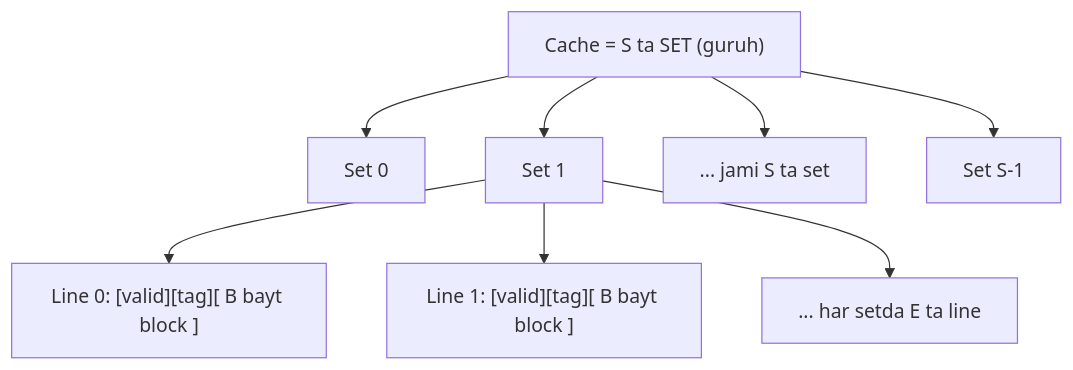
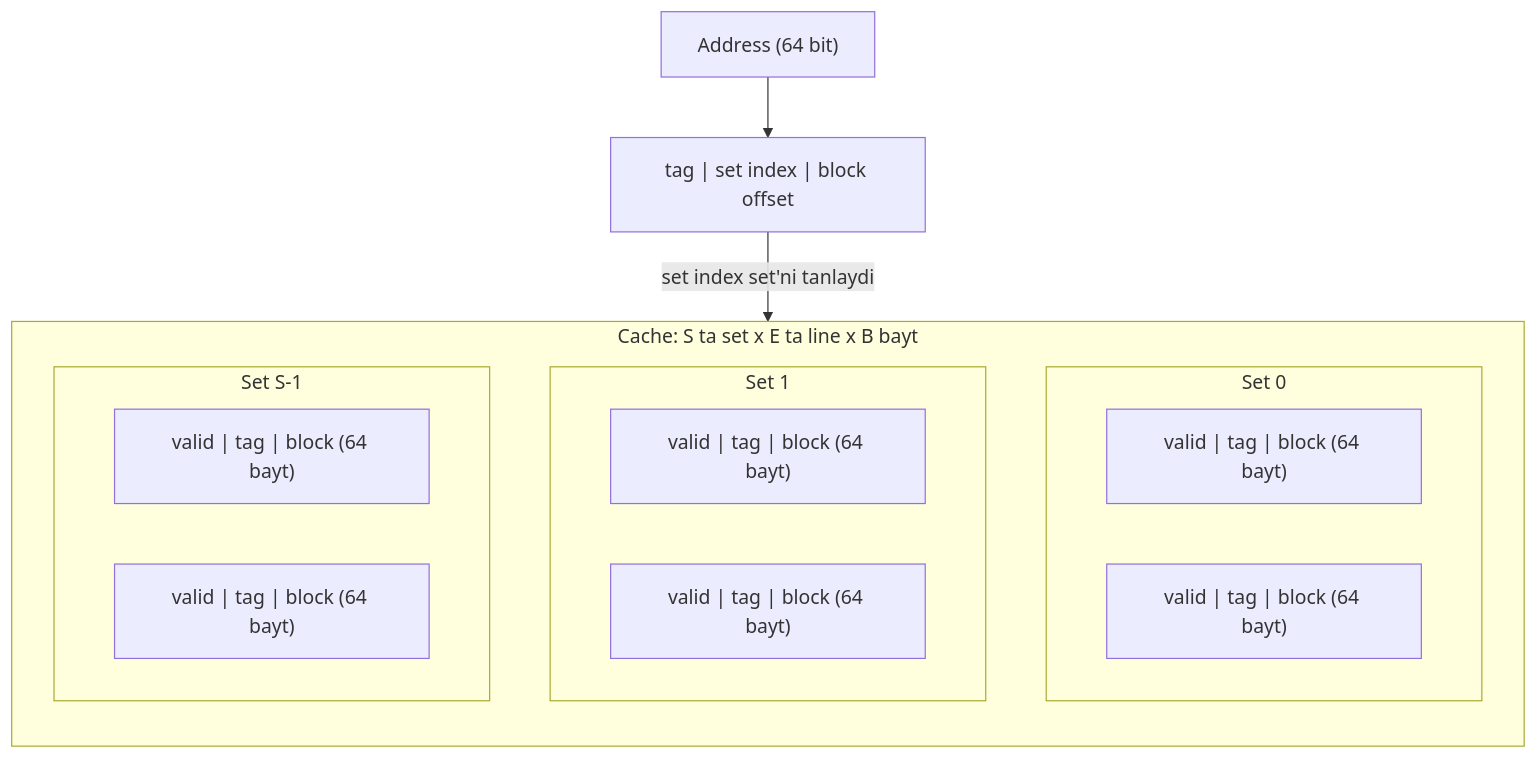
Before and after one commit to Otajonoov/dev: the first of 4 diagrams in 6. Computer Systems/17-cache-memories.md, drawn with Mermaid. The commit also changed other lines of this file and 15 other files, not shown here.

````diff
--- a/6. Computer Systems/17-cache-memories.md
+++ b/6. Computer Systems/17-cache-memories.md
@@ -27,11 +37,20 @@
 ```mermaid
-flowchart TD
-    A["Cache = S ta SET (guruh)"]
-    A --> S0["Set 0"]
-    A --> S1["Set 1"]
-    A --> Sd["... jami S ta set"]
-    A --> Sn["Set S-1"]
-    S1 --> L0["Line 0: [valid][tag][ B bayt block ]"]
-    S1 --> L1["Line 1: [valid][tag][ B bayt block ]"]
-    S1 --> Le["... har setda E ta line"]
+flowchart TB
+    ADDR["Address (64 bit)"] --> PARSE["tag | set index | block offset"]
+    PARSE -->|"set index set'ni tanlaydi"| CACHE
+    subgraph CACHE["Cache: S ta set x E ta line x B bayt"]
+        direction TB
+        subgraph S0["Set 0"]
+            L00["valid | tag | block (64 bayt)"]
+            L01["valid | tag | block (64 bayt)"]
+        end
+        subgraph S1["Set 1"]
+            L10["valid | tag | block (64 bayt)"]
+            L11["valid | tag | block (64 bayt)"]
+        end
+        subgraph SN["Set S-1"]
+            LN0["valid | tag | block (64 bayt)"]
+            LN1["valid | tag | block (64 bayt)"]
+        end
+    end
 ```
````
